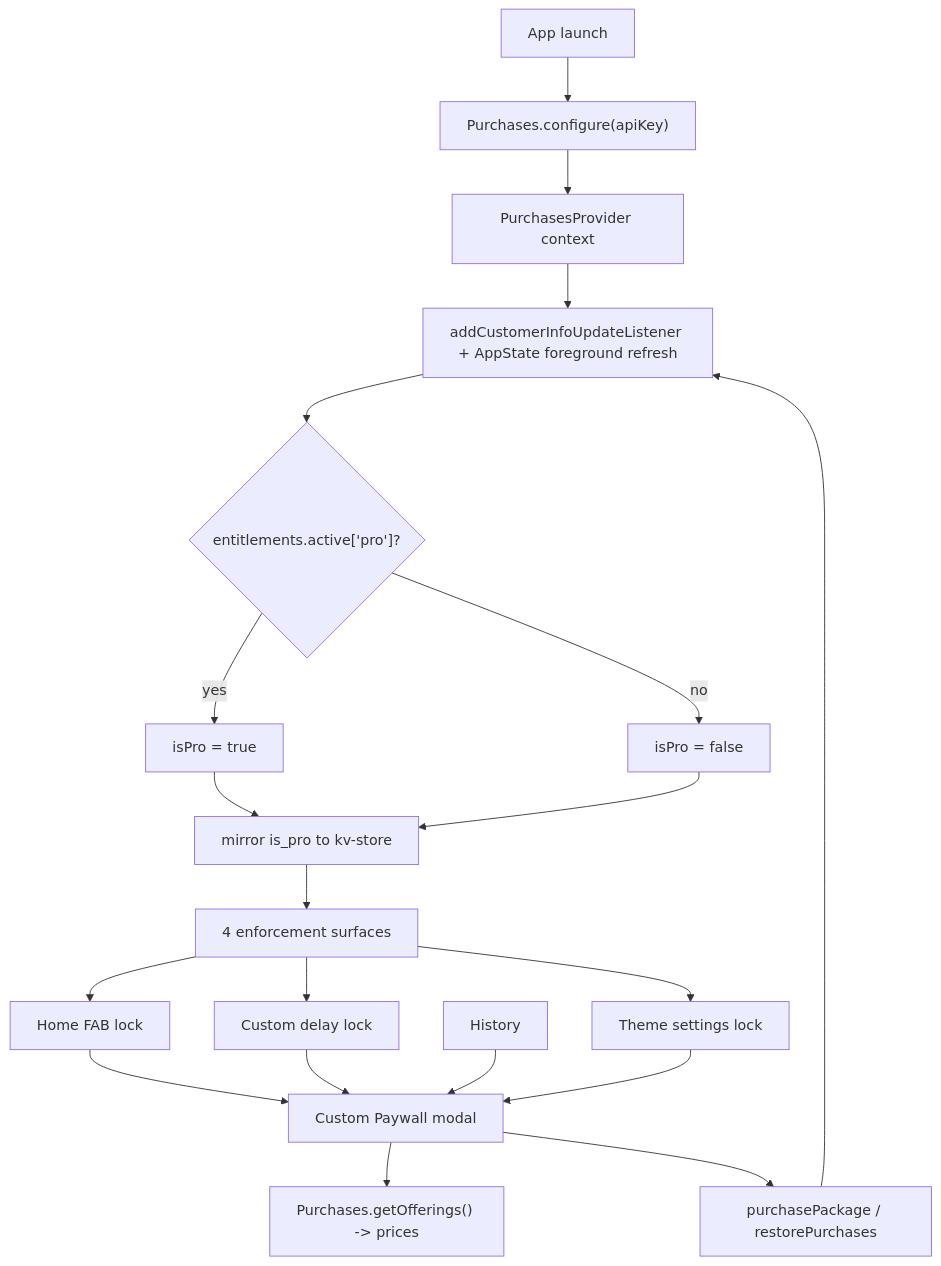
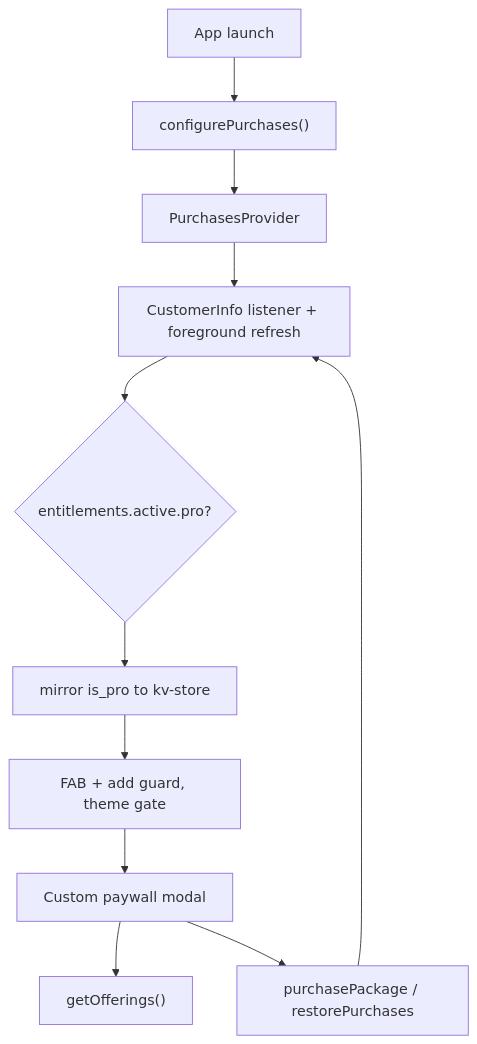
Before and after one commit to jonathanwong0908/wants: the second of 2 diagrams in PAYMENTS_SETUP.md, drawn with Mermaid. The commit also changed other lines of this file and 4 other files, not shown here.

First line of the commit message:
Add RevenueCat Test Store env wiring and purchases helper.

````diff
--- a/PAYMENTS_SETUP.md
+++ b/PAYMENTS_SETUP.md
@@ -41,22 +107,13 @@
 ```mermaid
 flowchart TD
-  Launch[App launch] --> Configure["Purchases.configure(apiKey)"]
-  Configure --> Provider[PurchasesProvider context]
-  Provider --> Listener[addCustomerInfoUpdateListener + AppState foreground refresh]
-  Listener --> Entitlement{"entitlements.active['pro']?"}
-  Entitlement -->|yes| Pro[isPro = true]
-  Entitlement -->|no| Free[isPro = false]
-  Pro --> Mirror["mirror is_pro to kv-store"]
-  Free --> Mirror
-  Mirror --> Gates[4 enforcement surfaces]
-  Gates --> FAB[Home FAB lock]
-  Gates --> Delay[Custom delay lock]
-  Gates --> Theme[Theme settings lock]
-  FAB --> Paywall[Custom Paywall modal]
-  Delay --> Paywall
-  History --> Paywall
-  Theme --> Paywall
-  Paywall --> Offerings["Purchases.getOfferings() -> prices"]
+  Launch[App launch] --> Configure["configurePurchases()"]
+  Configure --> Provider[PurchasesProvider]
+  Provider --> Listener[CustomerInfo listener + foreground refresh]
+  Listener --> Entitlement{"entitlements.active.pro?"}
+  Entitlement --> Mirror["mirror is_pro to kv-store"]
+  Mirror --> Gates[FAB + add guard, theme gate]
+  Gates --> Paywall[Custom paywall modal]
+  Paywall --> Offerings["getOfferings()"]
   Paywall --> Purchase["purchasePackage / restorePurchases"]
   Purchase --> Listener
 ```
````
